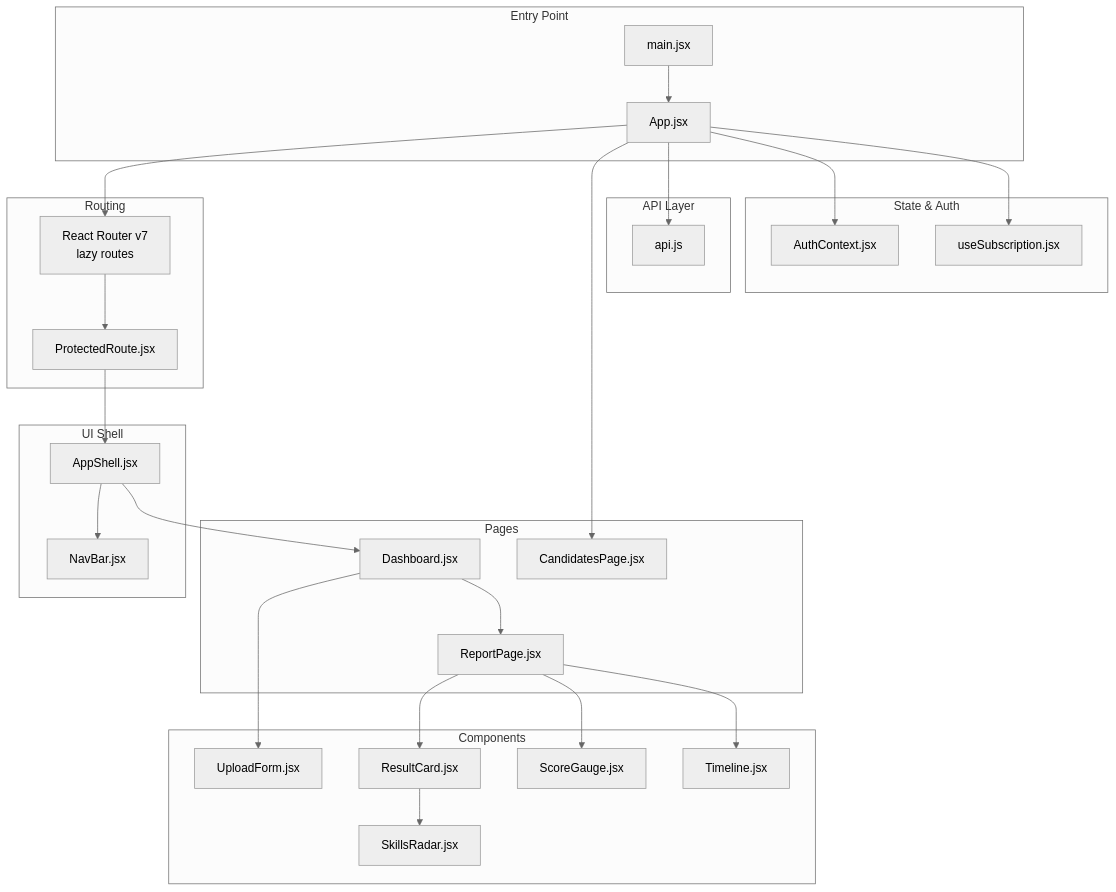
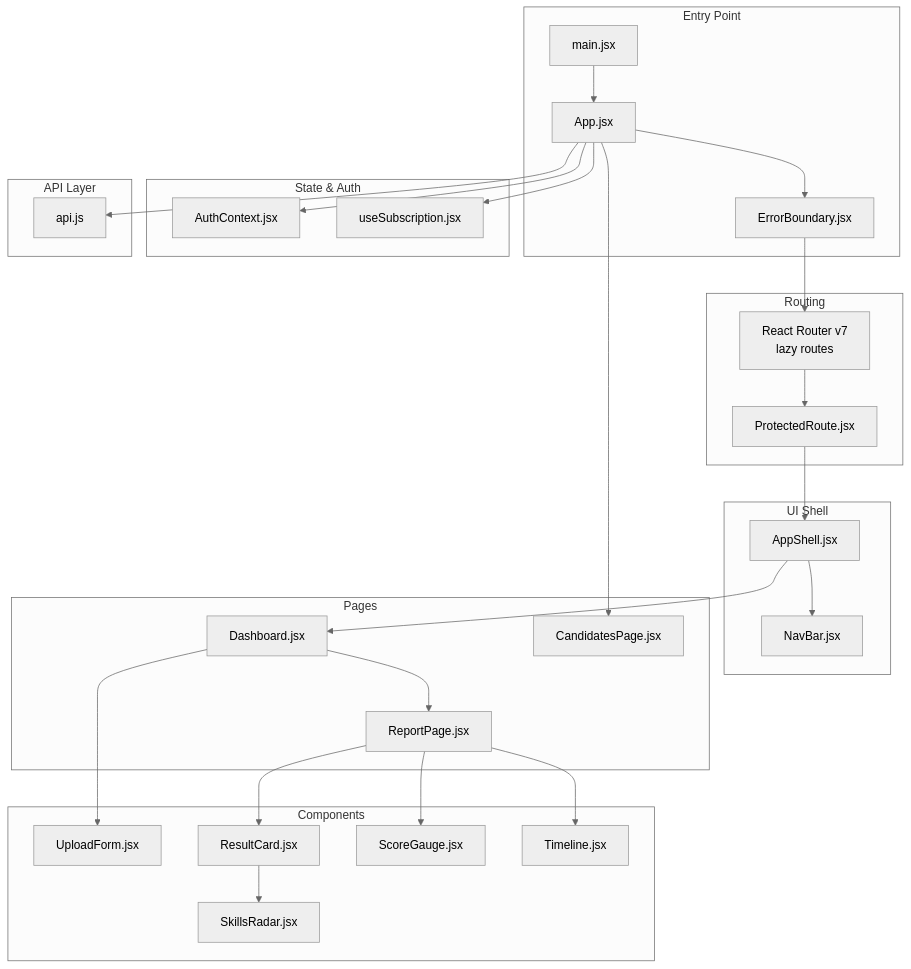
Before and after one commit to Revanththetalogics/aireume: the first of 15 diagrams in .qoder/repowiki/en/content/Frontend Architecture/Frontend Architecture.md, drawn with Mermaid (neutral theme). The commit also changed other lines of this file and 33 other files, not shown here.

````diff
--- a/.qoder/repowiki/en/content/Frontend Architecture/Frontend Architecture.md
+++ b/.qoder/repowiki/en/content/Frontend Architecture/Frontend Architecture.md
@@ -44,50 +54,52 @@
 ```mermaid
 graph TB
 subgraph "Entry Point"
 M["main.jsx"]
 A["App.jsx"]
+EB["ErrorBoundary.jsx"]
 end
 subgraph "Routing"
 R["React Router v7<br/>lazy routes"]
 PR["ProtectedRoute.jsx"]
 end
 subgraph "UI Shell"
 AS["AppShell.jsx"]
 NB["NavBar.jsx"]
 end
 subgraph "Pages"
 D["Dashboard.jsx"]
 RP["ReportPage.jsx"]
 CP["CandidatesPage.jsx"]
 end
 subgraph "Components"
 UF["UploadForm.jsx"]
 RC["ResultCard.jsx"]
 SG["ScoreGauge.jsx"]
 TL["Timeline.jsx"]
 SR["SkillsRadar.jsx"]
 end
 subgraph "State & Auth"
 AC["AuthContext.jsx"]
 USC["useSubscription.jsx"]
 end
 subgraph "API Layer"
 API["api.js"]
 end
 M --> A
-A --> R
+A --> EB
+EB --> R
 R --> PR
 PR --> AS
 AS --> NB
 AS --> D
 D --> UF
 D --> RP
 RP --> RC
 RP --> SG
 RP --> TL
 RC --> SR
 A --> CP
 A --> API
 A --> AC
 A --> USC
 ```
````
